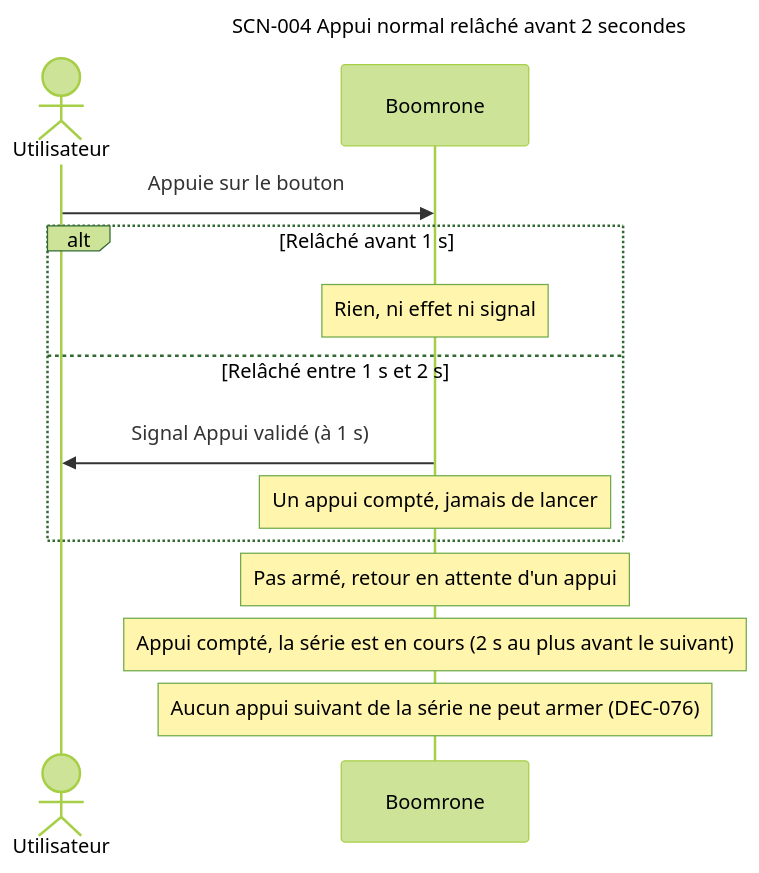
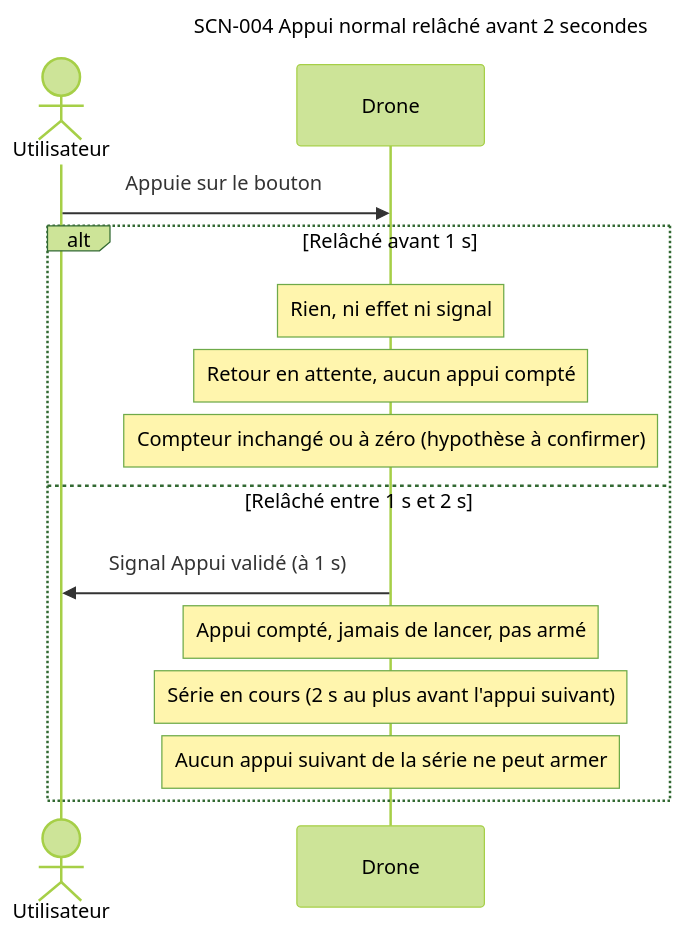
One commit to thourymatthieu-png/coworker_archi_system changed the eighth of 15 diagrams in projets/boomrone/00-scenarios.md. Above: the diagram before and after it, drawn with Mermaid (forest theme). The commit also changed other lines of this file and 5 other files, not shown here.

Commit message:
Boomrone : diagrammes d'ensemble scindés (a, b, c), glossaire, relectures de porte, DEC-083 à DEC-086, doutes DOU-085 à DOU-090

````diff
--- a/projets/boomrone/00-scenarios.md
+++ b/projets/boomrone/00-scenarios.md
@@ -270,18 +423,19 @@
 ```mermaid
 ---
 title: "SCN-004 Appui normal relâché avant 2 secondes"
 ---
 sequenceDiagram
     actor U as Utilisateur
-    participant D as Boomrone
+    participant D as Drone
     U->>D: Appuie sur le bouton
     alt Relâché avant 1 s
         Note over D: Rien, ni effet ni signal
+        Note over D: Retour en attente, aucun appui compté
+        Note over D: Compteur inchangé ou à zéro (hypothèse à confirmer)
     else Relâché entre 1 s et 2 s
         D->>U: Signal Appui validé (à 1 s)
-        Note over D: Un appui compté, jamais de lancer
+        Note over D: Appui compté, jamais de lancer, pas armé
+        Note over D: Série en cours (2 s au plus avant l'appui suivant)
+        Note over D: Aucun appui suivant de la série ne peut armer
     end
-    Note over D: Pas armé, retour en attente d'un appui
-    Note over D: Appui compté, la série est en cours (2 s au plus avant le suivant)
-    Note over D: Aucun appui suivant de la série ne peut armer (DEC-076)
 ```
````
